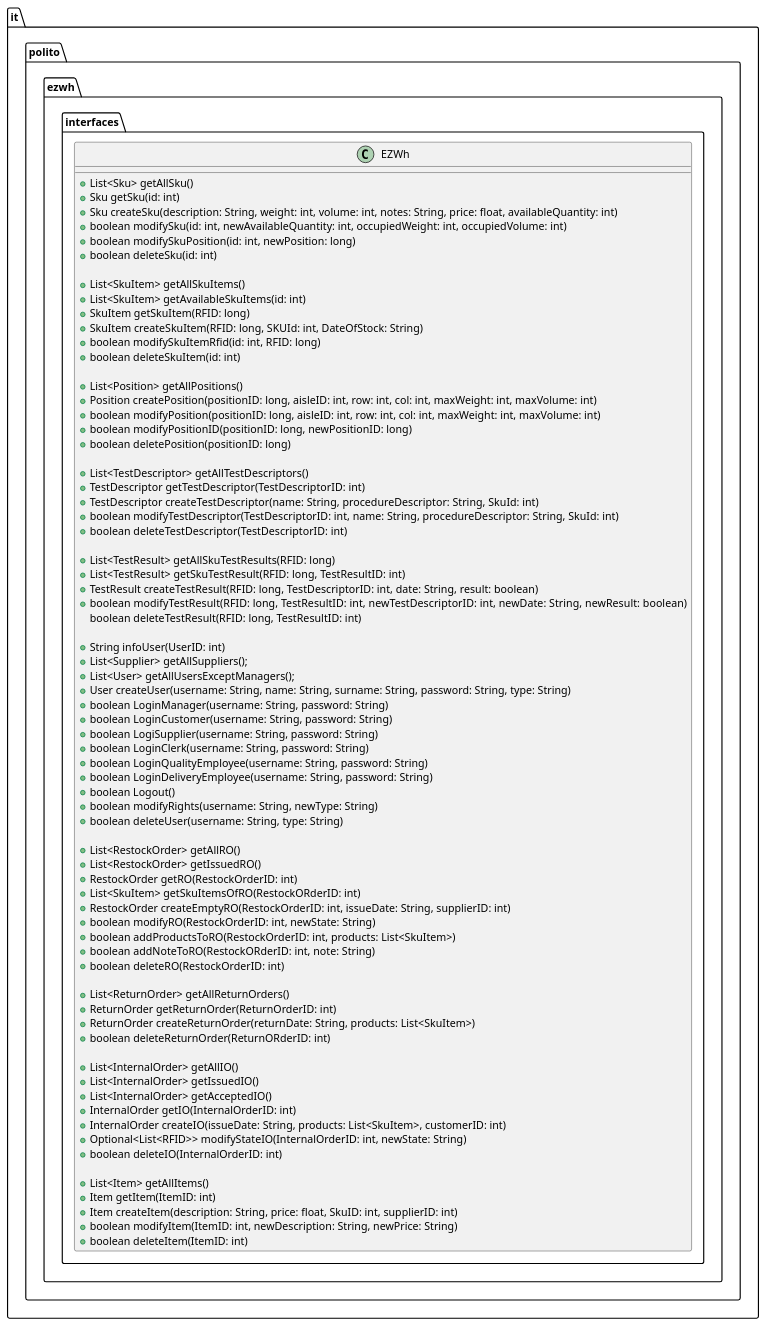
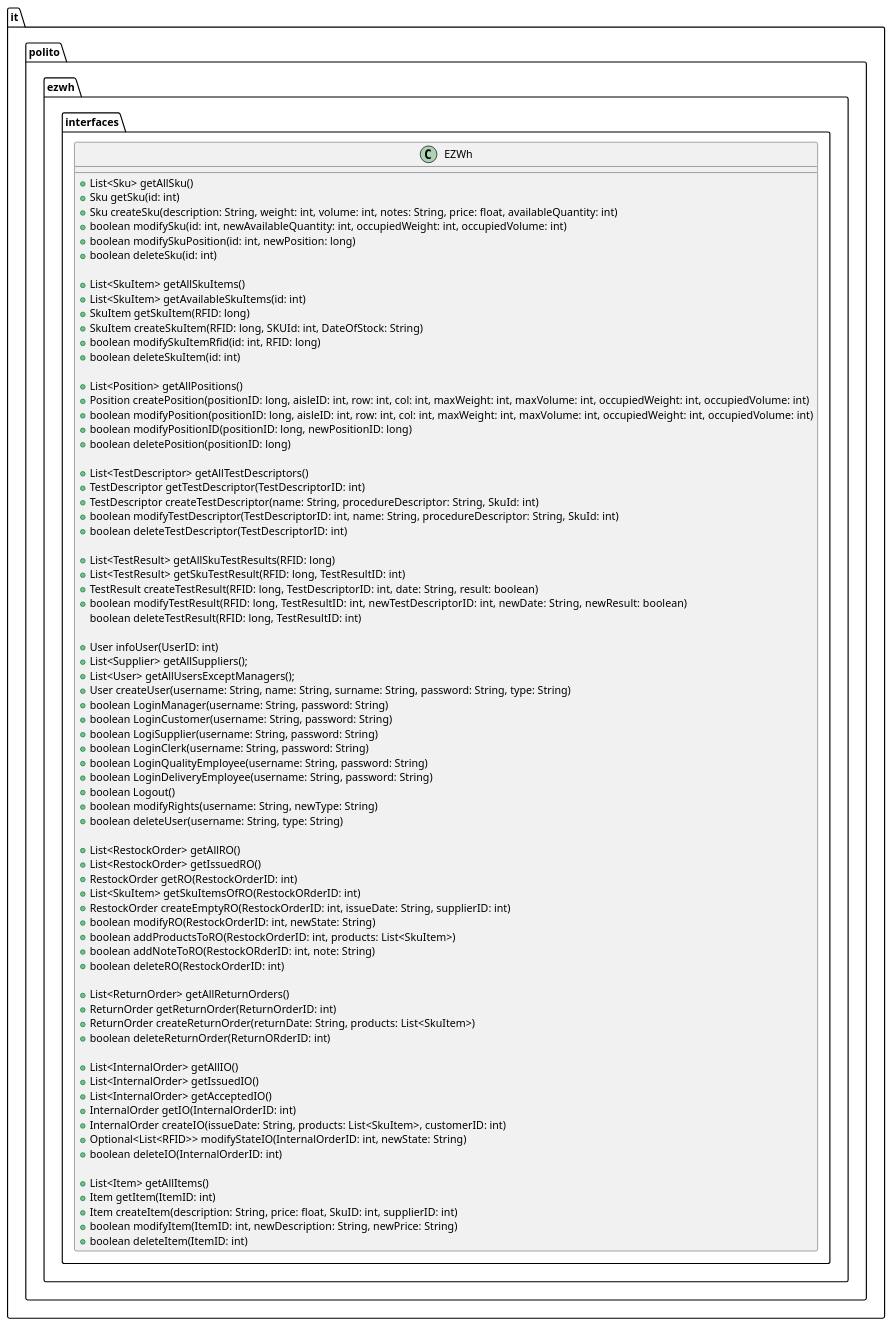
The fifth of 18 diagrams in DesignDocument.md (kevinmascitti/Warehouse-management-software), drawn with PlantUML before and after one commit. The commit also changed other lines of this file, not shown here.

```diff
--- a/DesignDocument.md
+++ b/DesignDocument.md
@@ -146,8 +146,8 @@
     +boolean deleteSkuItem(id: int)
     
     +List<Position> getAllPositions()
-    +Position createPosition(positionID: long, aisleID: int, row: int, col: int, maxWeight: int, maxVolume: int)
-    +boolean modifyPosition(positionID: long, aisleID: int, row: int, col: int, maxWeight: int, maxVolume: int)
+    +Position createPosition(positionID: long, aisleID: int, row: int, col: int, maxWeight: int, maxVolume: int, occupiedWeight: int, occupiedVolume: int)
+    +boolean modifyPosition(positionID: long, aisleID: int, row: int, col: int, maxWeight: int, maxVolume: int, occupiedWeight: int, occupiedVolume: int)
     +boolean modifyPositionID(positionID: long, newPositionID: long)
     +boolean deletePosition(positionID: long)
 
@@ -163,7 +163,7 @@
     +boolean modifyTestResult(RFID: long, TestResultID: int,  newTestDescriptorID: int, newDate: String, newResult: boolean)
     boolean deleteTestResult(RFID: long, TestResultID: int)
 
-    +String infoUser(UserID: int)
+    +User infoUser(UserID: int)
     +List<Supplier> getAllSuppliers();
     +List<User> getAllUsersExceptManagers();
     +User createUser(username: String, name: String, surname: String, password: String, type: String)
```
